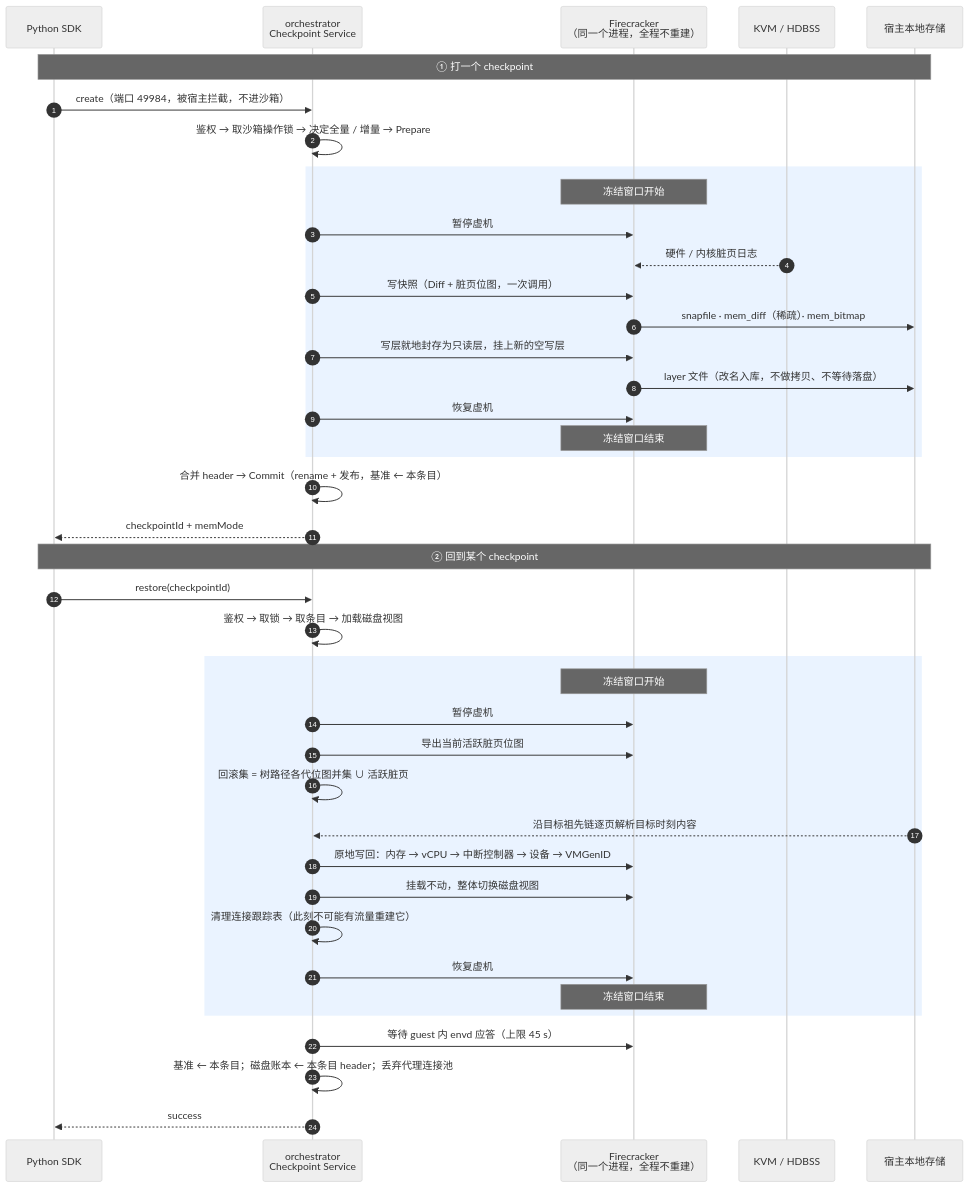
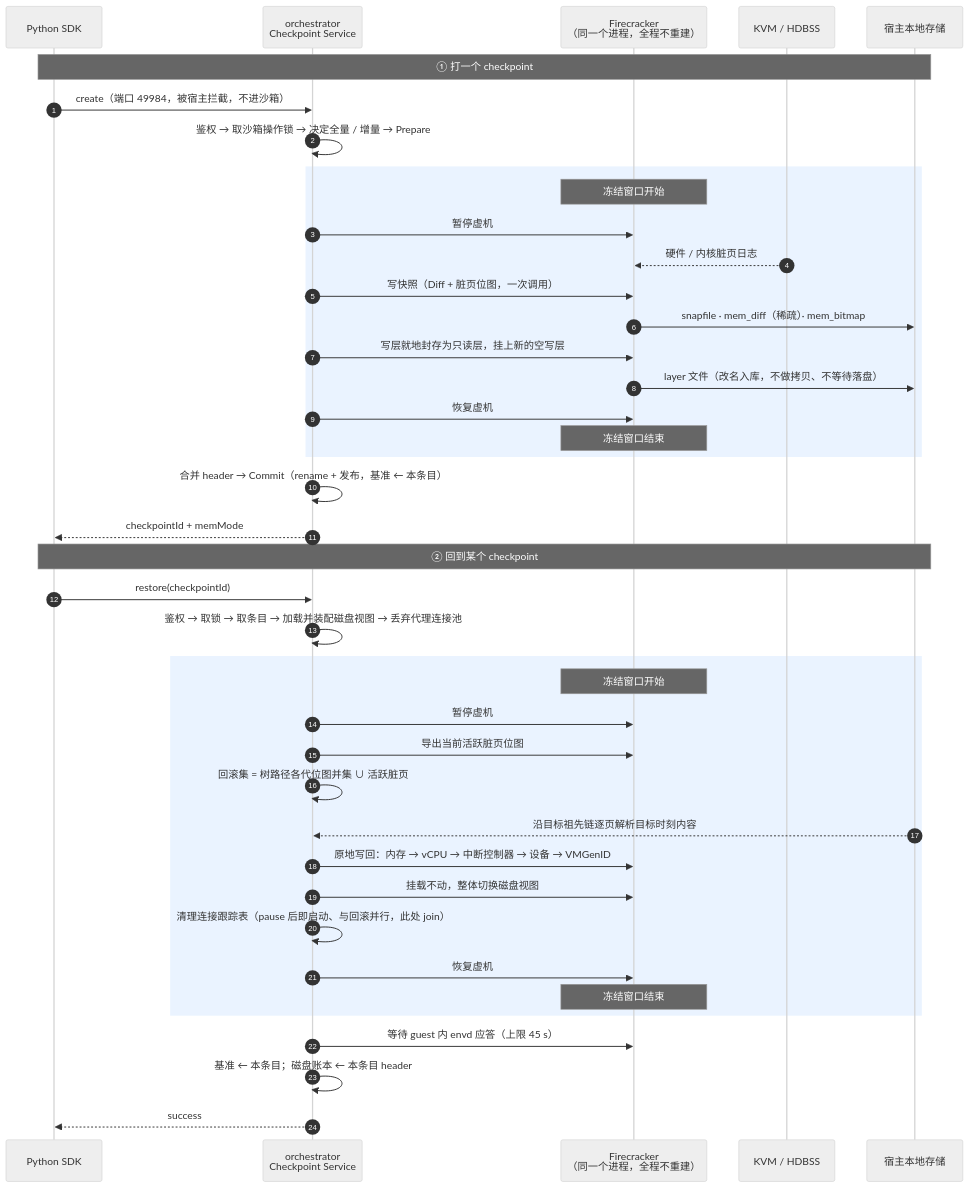
Before and after one commit to AustinJiangg/e2b-infra: the diagram in rollback/docs/13-end-to-end.md, drawn with Mermaid (neutral theme). The commit also changed other lines of this file and 23 other files, not shown here.

````diff
--- a/rollback/docs/13-end-to-end.md
+++ b/rollback/docs/13-end-to-end.md
@@ -24,45 +24,45 @@
 ```mermaid
 sequenceDiagram
     autonumber
     participant S as Python SDK
     participant O as orchestrator<br/>Checkpoint Service
     participant F as Firecracker<br/>（同一个进程，全程不重建）
     participant K as KVM / HDBSS
     participant D as 宿主本地存储
 
     Note over S,D: ① 打一个 checkpoint
     S->>O: create（端口 49984，被宿主拦截，不进沙箱）
     O->>O: 鉴权 → 取沙箱操作锁 → 决定全量 / 增量 → Prepare
     rect rgb(234, 243, 255)
         Note over F: 冻结窗口开始
         O->>F: 暂停虚机
         K-->>F: 硬件 / 内核脏页日志
         O->>F: 写快照（Diff + 脏页位图，一次调用）
         F->>D: snapfile · mem_diff（稀疏）· mem_bitmap
         O->>F: 写层就地封存为只读层，挂上新的空写层
         F->>D: layer 文件（改名入库，不做拷贝、不等待落盘）
         O->>F: 恢复虚机
         Note over F: 冻结窗口结束
     end
     O->>O: 合并 header → Commit（rename + 发布，基准 ← 本条目）
     O-->>S: checkpointId + memMode
 
     Note over S,D: ② 回到某个 checkpoint
     S->>O: restore(checkpointId)
-    O->>O: 鉴权 → 取锁 → 取条目 → 加载磁盘视图
+    O->>O: 鉴权 → 取锁 → 取条目 → 加载并装配磁盘视图 → 丢弃代理连接池
     rect rgb(234, 243, 255)
         Note over F: 冻结窗口开始
         O->>F: 暂停虚机
         O->>F: 导出当前活跃脏页位图
         O->>O: 回滚集 = 树路径各代位图并集 ∪ 活跃脏页
         D-->>O: 沿目标祖先链逐页解析目标时刻内容
         O->>F: 原地写回：内存 → vCPU → 中断控制器 → 设备 → VMGenID
         O->>F: 挂载不动，整体切换磁盘视图
-        O->>O: 清理连接跟踪表（此刻不可能有流量重建它）
+        O->>O: 清理连接跟踪表（pause 后即启动、与回滚并行，此处 join）
         O->>F: 恢复虚机
         Note over F: 冻结窗口结束
     end
     O->>F: 等待 guest 内 envd 应答（上限 45 s）
-    O->>O: 基准 ← 本条目；磁盘账本 ← 本条目 header；丢弃代理连接池
+    O->>O: 基准 ← 本条目；磁盘账本 ← 本条目 header
     O-->>S: success
 ```
````
